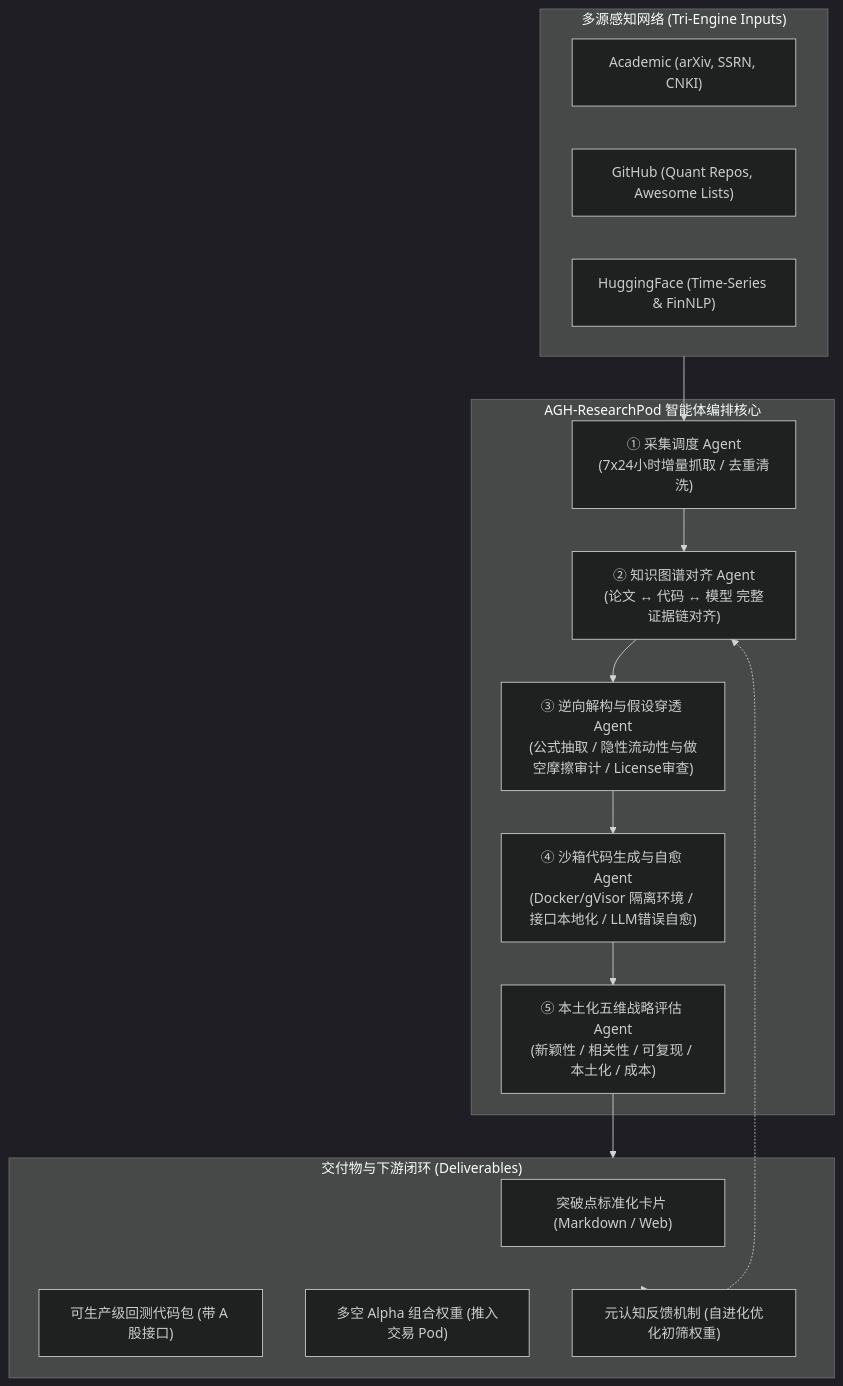
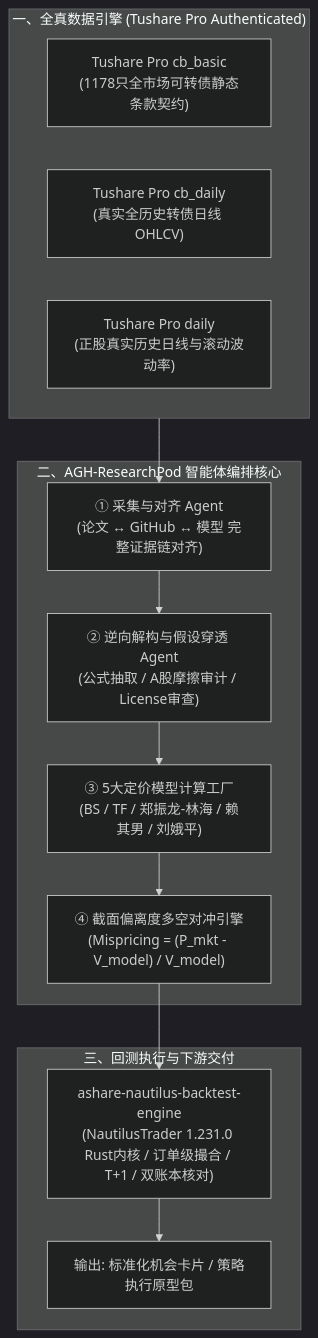
The diagram in README.md (DFPite174/AGH-ResearchPod), drawn with Mermaid (dark theme) before and after one commit. The commit also changed other lines of this file and 6 other files, not shown here.

Commit message:
V1.0: 100% Tushare Pro real data integration and ashare-nautilus adapter

````diff
--- a/README.md
+++ b/README.md
@@ -42,32 +38,27 @@
 ```mermaid
 flowchart TD
-    subgraph DataSources["多源感知网络 (Tri-Engine Inputs)"]
-        A["Academic (arXiv, SSRN, CNKI)"]
-        G["GitHub (Quant Repos, Awesome Lists)"]
-        H["HuggingFace (Time-Series & FinNLP)"]
+    subgraph DataEngine["一、全真数据引擎 (Tushare Pro Authenticated)"]
+        D1["Tushare Pro cb_basic<br/>(1178只全市场可转债静态条款契约)"]
+        D2["Tushare Pro cb_daily<br/>(真实全历史转债日线 OHLCV)"]
+        D3["Tushare Pro daily<br/>(正股真实历史日线与滚动波动率)"]
     end
 
-    subgraph CorePod["AGH-ResearchPod 智能体编排核心"]
-        S1["① 采集调度 Agent<br/>(7x24小时增量抓取 / 去重清洗)"]
-        S2["② 知识图谱对齐 Agent<br/>(论文 ↔ 代码 ↔ 模型 完整证据链对齐)"]
-        S3["③ 逆向解构与假设穿透 Agent<br/>(公式抽取 / 隐性流动性与做空摩擦审计 / License审查)"]
-        S4["④ 沙箱代码生成与自愈 Agent<br/>(Docker/gVisor 隔离环境 / 接口本地化 / LLM错误自愈)"]
-        S5["⑤ 本土化五维战略评估 Agent<br/>(新颖性 / 相关性 / 可复现 / 本土化 / 成本)"]
+    subgraph CorePod["二、AGH-ResearchPod 智能体编排核心"]
+        S1["① 采集与对齐 Agent<br/>(论文 ↔ GitHub ↔ 模型 完整证据链对齐)"]
+        S2["② 逆向解构与假设穿透 Agent<br/>(公式抽取 / A股摩擦审计 / License审查)"]
+        S3["③ 5大定价模型计算工厂<br/>(BS / TF / 郑振龙-林海 / 赖其男 / 刘娥平)"]
+        S4["④ 截面偏离度多空对冲引擎<br/>(Mispricing = (P_mkt - V_model) / V_model)"]
     end
 
-    subgraph Deliverables["交付物与下游闭环 (Deliverables)"]
-        D1["突破点标准化卡片 (Markdown / Web)"]
-        D2["可生产级回测代码包 (带 A 股接口)"]
-        D3["多空 Alpha 组合权重 (推入交易 Pod)"]
-        FB["元认知反馈机制 (自进化优化初筛权重)"]
+    subgraph Execution["三、回测执行与下游交付"]
+        N1["ashare-nautilus-backtest-engine<br/>(NautilusTrader 1.231.0 Rust内核 / 订单级撮合 / T+1 / 双账本核对)"]
+        O1["输出: 标准化机会卡片 / 策略执行原型包"]
     end
 
-    DataSources --> S1
+    DataEngine --> S1
     S1 --> S2
     S2 --> S3
     S3 --> S4
-    S4 --> S5
-    S5 --> Deliverables
-    Deliverables -.-> FB
-    FB -.-> S2
+    S4 --> N1
+    N1 --> O1
 ```
````
